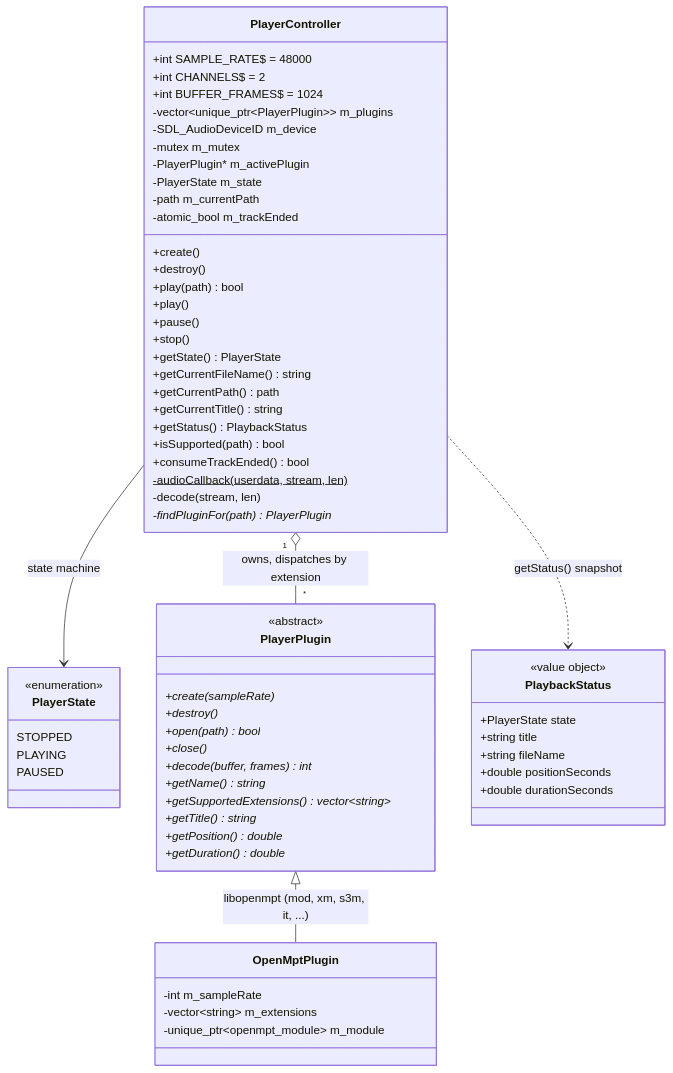
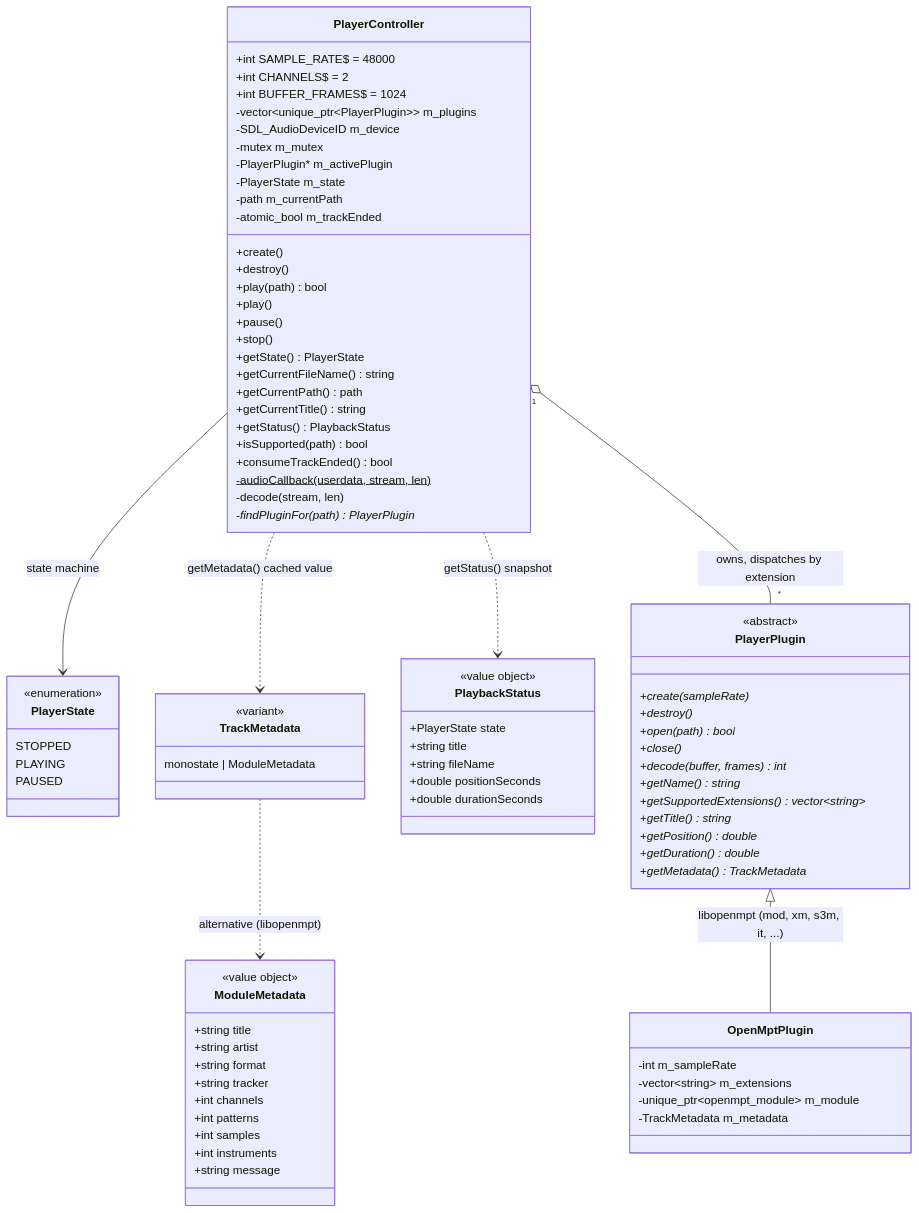
Before and after one commit to notnotme/osp2: the diagram in docs/audio.md, drawn with Mermaid. The commit also changed other lines of this file and 12 other files, not shown here.

First line of the commit message:
feat: typed per-plugin track metadata backend

````diff
--- a/docs/audio.md
+++ b/docs/audio.md
@@ -52,12 +52,14 @@
         +getTitle()* string
         +getPosition()* double
         +getDuration()* double
+        +getMetadata()* TrackMetadata
     }
 
     class OpenMptPlugin {
         -int m_sampleRate
         -vector~string~ m_extensions
         -unique_ptr~openmpt_module~ m_module
+        -TrackMetadata m_metadata
     }
 
     class PlaybackStatus {
@@ -69,8 +71,28 @@
         +double durationSeconds
     }
 
+    class ModuleMetadata {
+        <<value object>>
+        +string title
+        +string artist
+        +string format
+        +string tracker
+        +int channels
+        +int patterns
+        +int samples
+        +int instruments
+        +string message
+    }
+
+    class TrackMetadata {
+        <<variant>>
+        monostate | ModuleMetadata
+    }
+
     PlayerController --> PlayerState : state machine
     PlayerController ..> PlaybackStatus : getStatus() snapshot
+    PlayerController ..> TrackMetadata : getMetadata() cached value
     PlayerController "1" o-- "*" PlayerPlugin : owns, dispatches by extension
     PlayerPlugin <|-- OpenMptPlugin : libopenmpt (mod, xm, s3m, it, ...)
+    TrackMetadata ..> ModuleMetadata : alternative (libopenmpt)
 ```
````
